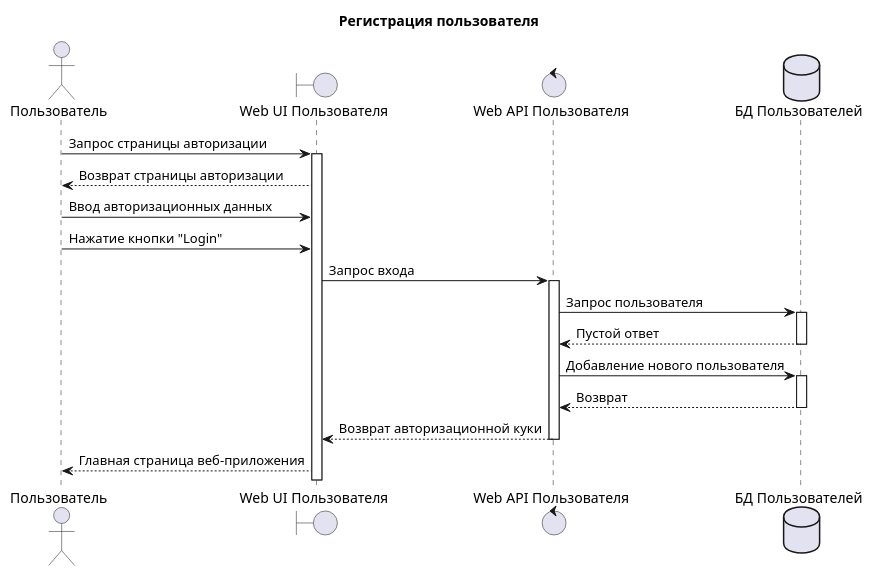
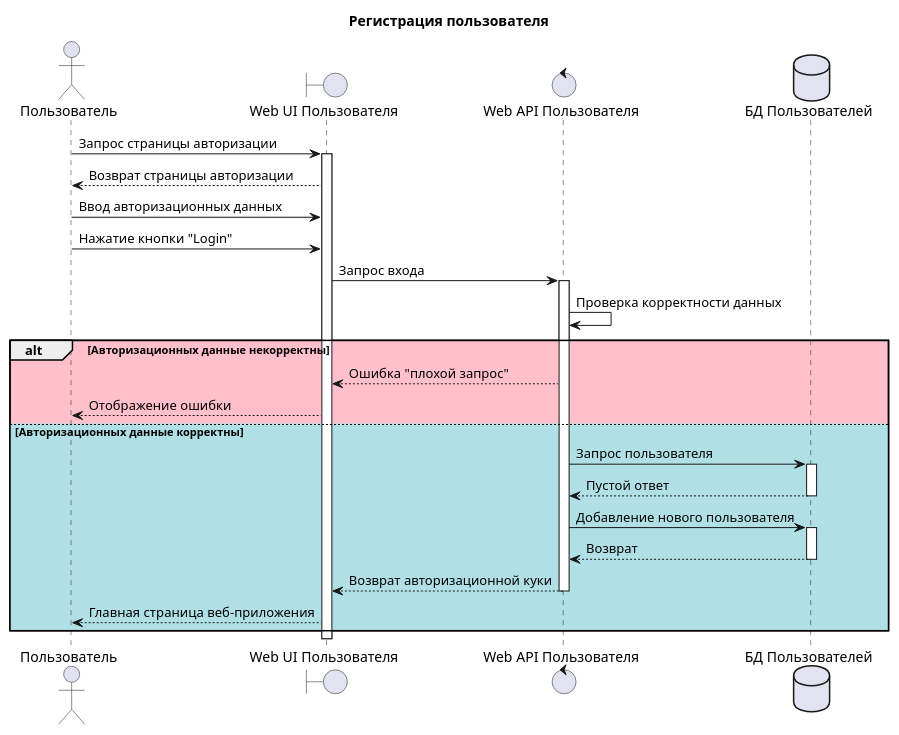
The first of 5 diagrams in docs/diagrams/sequence/User.WebApp.puml (mrypdm/JobSystem), drawn with PlantUML before and after one commit. The commit also changed other lines of this file and 2 other files, not shown here.

```diff
--- a/docs/diagrams/sequence/User.WebApp.puml
+++ b/docs/diagrams/sequence/User.WebApp.puml
@@ -1,22 +1,33 @@
 @startuml User sign up
 
 title Регистрация пользователя
 
 actor Пользователь as USER
 boundary "Web UI Пользователя" as UI
 control "Web API Пользователя" as API
 database "БД Пользователей" as DB
 
 USER -> UI++: Запрос страницы авторизации
 UI --> USER: Возврат страницы авторизации
 USER -> UI: Ввод авторизационных данных
 USER -> UI: Нажатие кнопки "Login"
 UI -> API++: Запрос входа
-API -> DB++: Запрос пользователя
-DB --> API--: Пустой ответ
-API -> DB++: Добавление нового пользователя
-DB --> API--: Возврат
-API --> UI--: Возврат авторизационной куки
-UI --> USER: Главная страница веб-приложения
+API -> API: Проверка корректности данных
+
+alt #Pink Авторизационных данные некорректны
+
+    API --> UI: Ошибка "плохой запрос"
+    UI --> USER: Отображение ошибки
+
+else #PowderBlue  Авторизационных данные корректны
+
+    API -> DB++: Запрос пользователя
+    DB --> API--: Пустой ответ
+    API -> DB++: Добавление нового пользователя
+    DB --> API--: Возврат
+    API --> UI--: Возврат авторизационной куки
+    UI --> USER: Главная страница веб-приложения
+
+end
 
 @enduml
```
